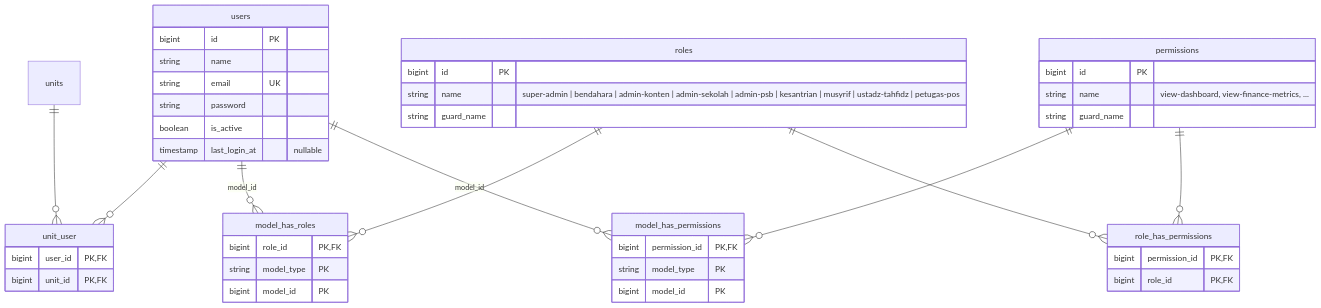
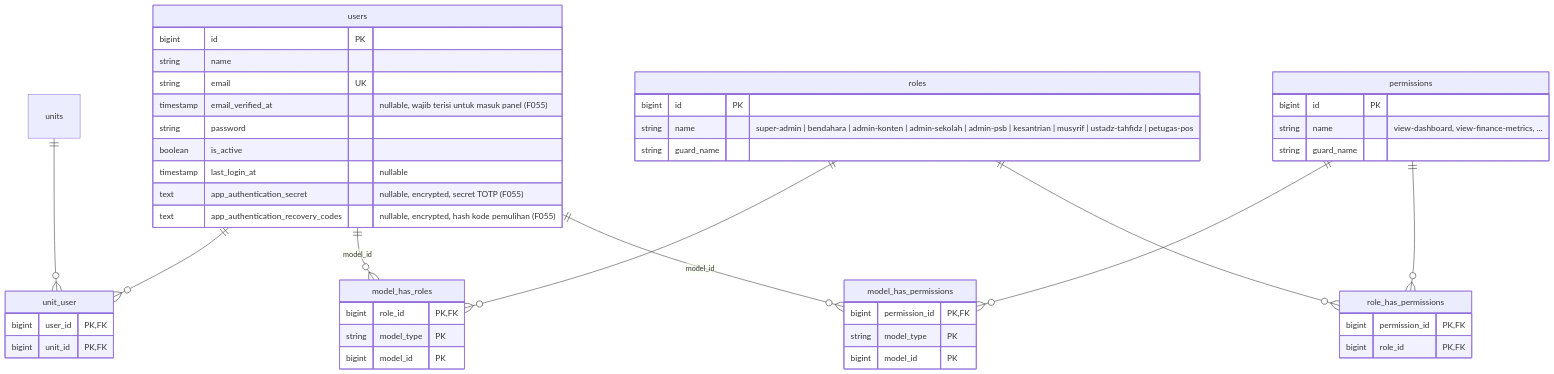
Diagram 11 of 11 in docs/erd.md (dankedev/pondok), drawn with Mermaid before and after one commit. The commit also changed 6 other files, not shown here.

````diff
--- a/docs/erd.md
+++ b/docs/erd.md
@@ -840,48 +840,51 @@
 ```mermaid
 erDiagram
   users {
     bigint id PK
     string name
     string email UK
+    timestamp email_verified_at "nullable, wajib terisi untuk masuk panel (F055)"
     string password
     boolean is_active
     timestamp last_login_at "nullable"
+    text app_authentication_secret "nullable, encrypted, secret TOTP (F055)"
+    text app_authentication_recovery_codes "nullable, encrypted, hash kode pemulihan (F055)"
   }
   unit_user {
     bigint user_id PK,FK
     bigint unit_id PK,FK
   }
   roles {
     bigint id PK
     string name "super-admin | bendahara | admin-konten | admin-sekolah | admin-psb | kesantrian | musyrif | ustadz-tahfidz | petugas-pos"
     string guard_name
   }
   permissions {
     bigint id PK
     string name "view-dashboard, view-finance-metrics, ..."
     string guard_name
   }
   model_has_roles {
     bigint role_id PK,FK
     string model_type PK
     bigint model_id PK
   }
   model_has_permissions {
     bigint permission_id PK,FK
     string model_type PK
     bigint model_id PK
   }
   role_has_permissions {
     bigint permission_id PK,FK
     bigint role_id PK,FK
   }
   users ||--o{ unit_user : ""
   units ||--o{ unit_user : ""
   users ||--o{ model_has_roles : "model_id"
   roles ||--o{ model_has_roles : ""
   users ||--o{ model_has_permissions : "model_id"
   permissions ||--o{ model_has_permissions : ""
   roles ||--o{ role_has_permissions : ""
   permissions ||--o{ role_has_permissions : ""
   
 ```
````
